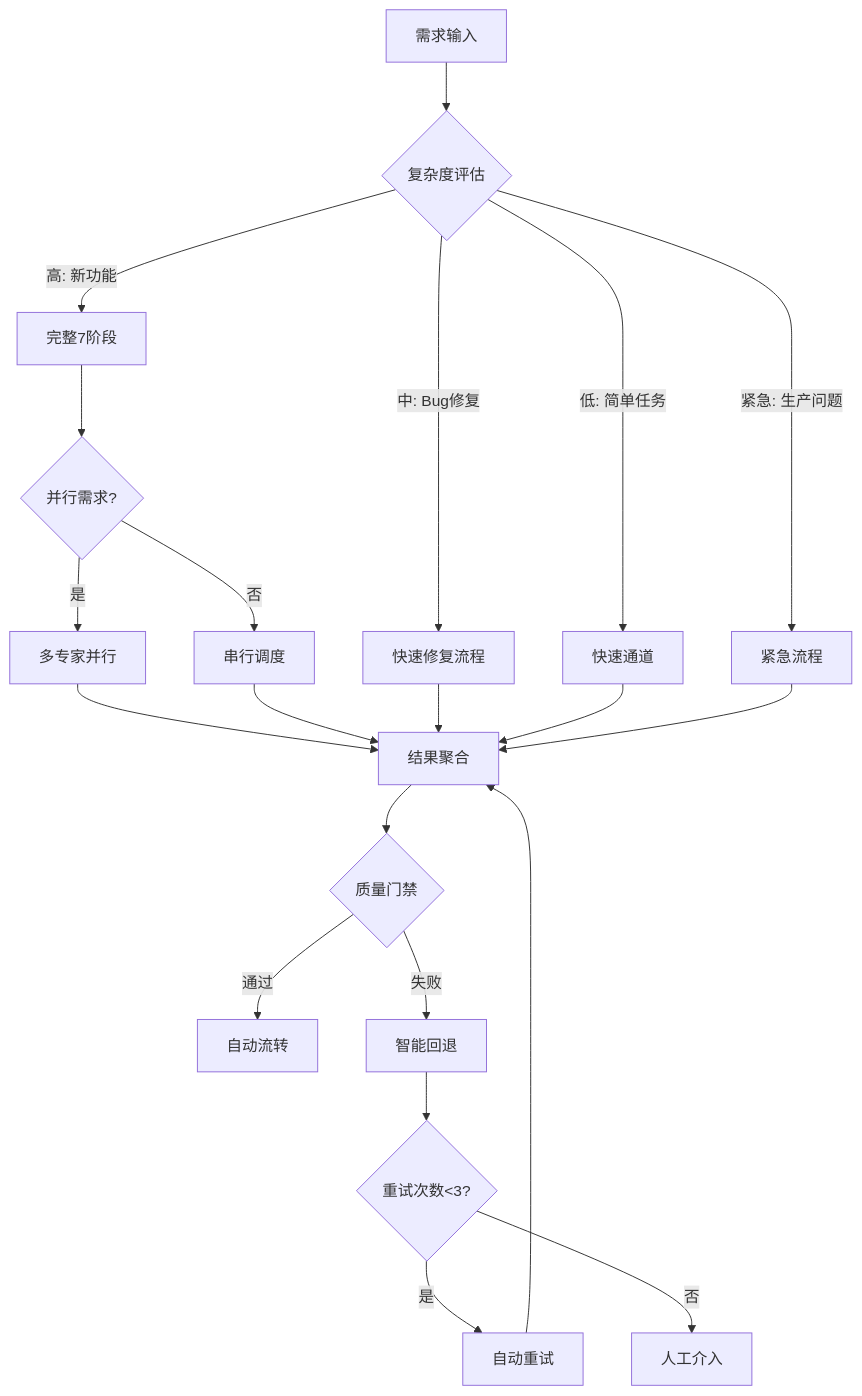
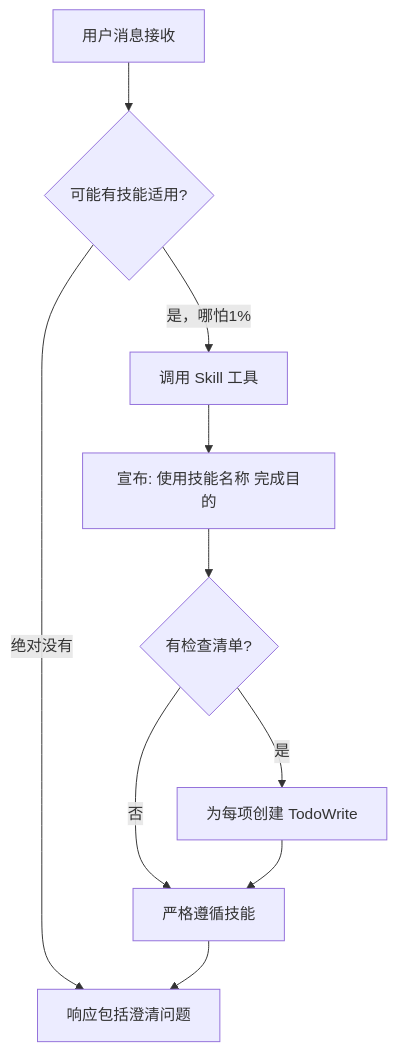
Before and after one commit to Tooooommy/Trae-Workflow: the first of 6 diagrams in skills/orchestrator/SKILL.md, drawn with Mermaid. The commit also changed other lines of this file and 18 other files, not shown here.

````diff
--- a/skills/orchestrator/SKILL.md
+++ b/skills/orchestrator/SKILL.md
@@ -83,25 +49,13 @@
 ```mermaid
 flowchart TD
-    A[需求输入] --> B{复杂度评估}
-    B -->|高: 新功能| C[完整7阶段]
-    B -->|中: Bug修复| D[快速修复流程]
-    B -->|低: 简单任务| E[快速通道]
-    B -->|紧急: 生产问题| F[紧急流程]
+    A[用户消息接收] --> B{可能有技能适用?}
+    B -->|是，哪怕1%| C[调用 Skill 工具]
+    B -->|绝对没有| D[响应包括澄清问题]
 
-    C --> G{并行需求?}
-    G -->|是| H[多专家并行]
-    G -->|否| I[串行调度]
-    H --> J[结果聚合]
-    I --> J
-    D --> J
-    E --> J
-    F --> J
-
-    J --> K{质量门禁}
-    K -->|通过| L[自动流转]
-    K -->|失败| M[智能回退]
-    M --> N{重试次数<3?}
-    N -->|是| O[自动重试]
-    N -->|否| P[人工介入]
-    O --> J
+    C --> E[宣布: 使用技能名称 完成目的]
+    E --> F{有检查清单?}
+    F -->|是| G[为每项创建 TodoWrite]
+    F -->|否| H[严格遵循技能]
+    G --> H
+    H --> D
 ```
````
